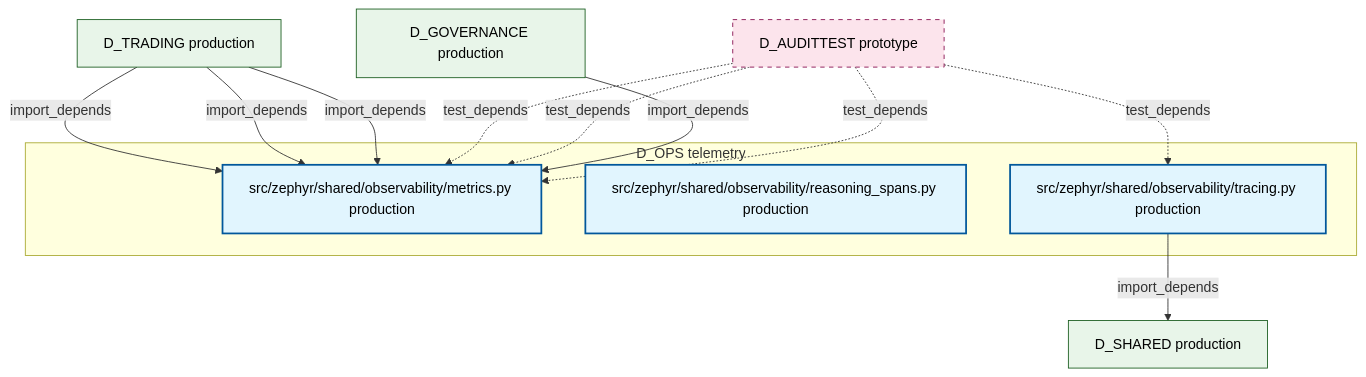
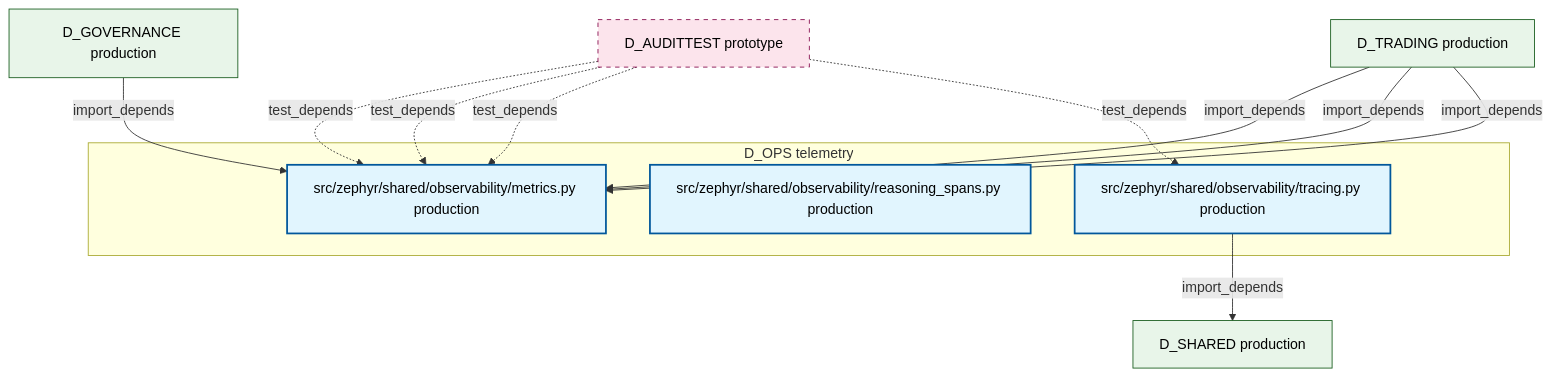
One commit to xuanFelixVan/ZephyrAlpha changed the diagram in docs/02_enterprise_architecture/02_domain_architecture_docs/15_d_ops.md. Above: the diagram before and after it, drawn with Mermaid. The commit also changed other lines of this file and 70 other files, not shown here.

````diff
--- a/docs/02_enterprise_architecture/02_domain_architecture_docs/15_d_ops.md
+++ b/docs/02_enterprise_architecture/02_domain_architecture_docs/15_d_ops.md
@@ -47,28 +47,28 @@
 ```mermaid
 graph TD
     subgraph D_OPS["D_OPS telemetry"]
         src_zephyr_shared_observability_metrics_py["src/zephyr/shared/observability/metrics.py production"]
         src_zephyr_shared_observability_reasoning_spans_py["src/zephyr/shared/observability/reasoning_spans.py production"]
         src_zephyr_shared_observability_tracing_py["src/zephyr/shared/observability/tracing.py production"]
     end
     D_SHARED["D_SHARED production"]
     src_zephyr_shared_observability_tracing_py -->|import_depends| D_SHARED
+    D_TRADING["D_TRADING production"]
+    D_TRADING -->|import_depends| src_zephyr_shared_observability_metrics_py
     D_AUDITTEST["D_AUDITTEST prototype"]
+    D_AUDITTEST -.->|test_depends| src_zephyr_shared_observability_metrics_py
     D_AUDITTEST -.->|test_depends| src_zephyr_shared_observability_metrics_py
     D_GOVERNANCE["D_GOVERNANCE production"]
     D_GOVERNANCE -->|import_depends| src_zephyr_shared_observability_metrics_py
     D_AUDITTEST -.->|test_depends| src_zephyr_shared_observability_metrics_py
-    D_AUDITTEST -.->|test_depends| src_zephyr_shared_observability_metrics_py
-    D_TRADING["D_TRADING production"]
-    D_TRADING -->|import_depends| src_zephyr_shared_observability_metrics_py
     D_TRADING -->|import_depends| src_zephyr_shared_observability_metrics_py
     D_TRADING -->|import_depends| src_zephyr_shared_observability_metrics_py
     D_AUDITTEST -.->|test_depends| src_zephyr_shared_observability_tracing_py
     classDef production fill:#e1f5fe,stroke:#01579b,stroke-width:2px,color:#000
     classDef design fill:#fff3e0,stroke:#e65100,stroke-width:2px,color:#000,stroke-dasharray: 5 5
     classDef external_prod fill:#e8f5e9,stroke:#1b5e20,stroke-width:1px,color:#000
     classDef external_design fill:#fce4ec,stroke:#880e4f,stroke-width:1px,color:#000,stroke-dasharray: 5 5
     class src_zephyr_shared_observability_metrics_py,src_zephyr_shared_observability_reasoning_spans_py,src_zephyr_shared_observability_tracing_py production
-    class D_SHARED,D_GOVERNANCE,D_TRADING external_prod
+    class D_SHARED,D_TRADING,D_GOVERNANCE external_prod
     class D_AUDITTEST external_design
 ```
````
